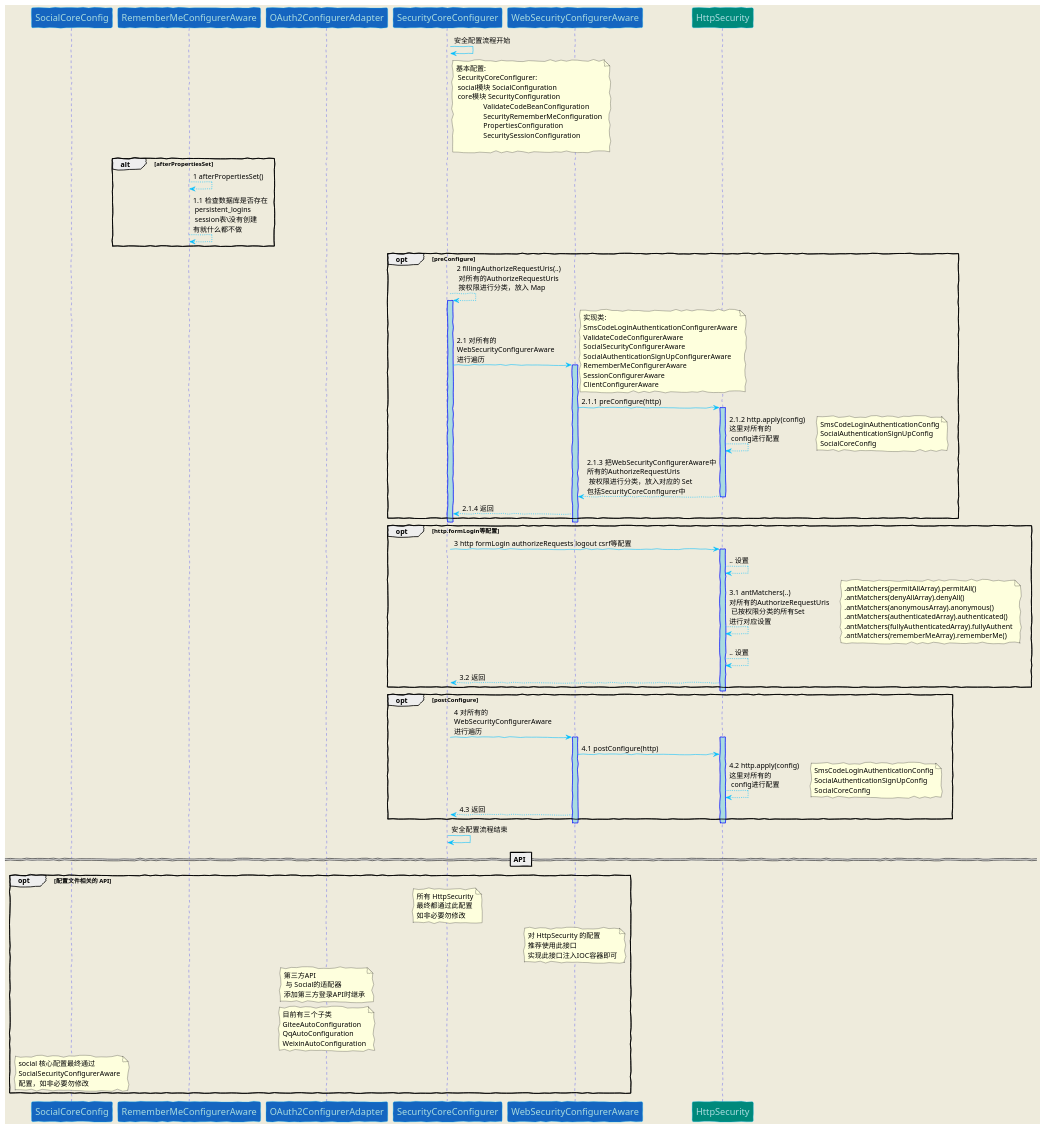
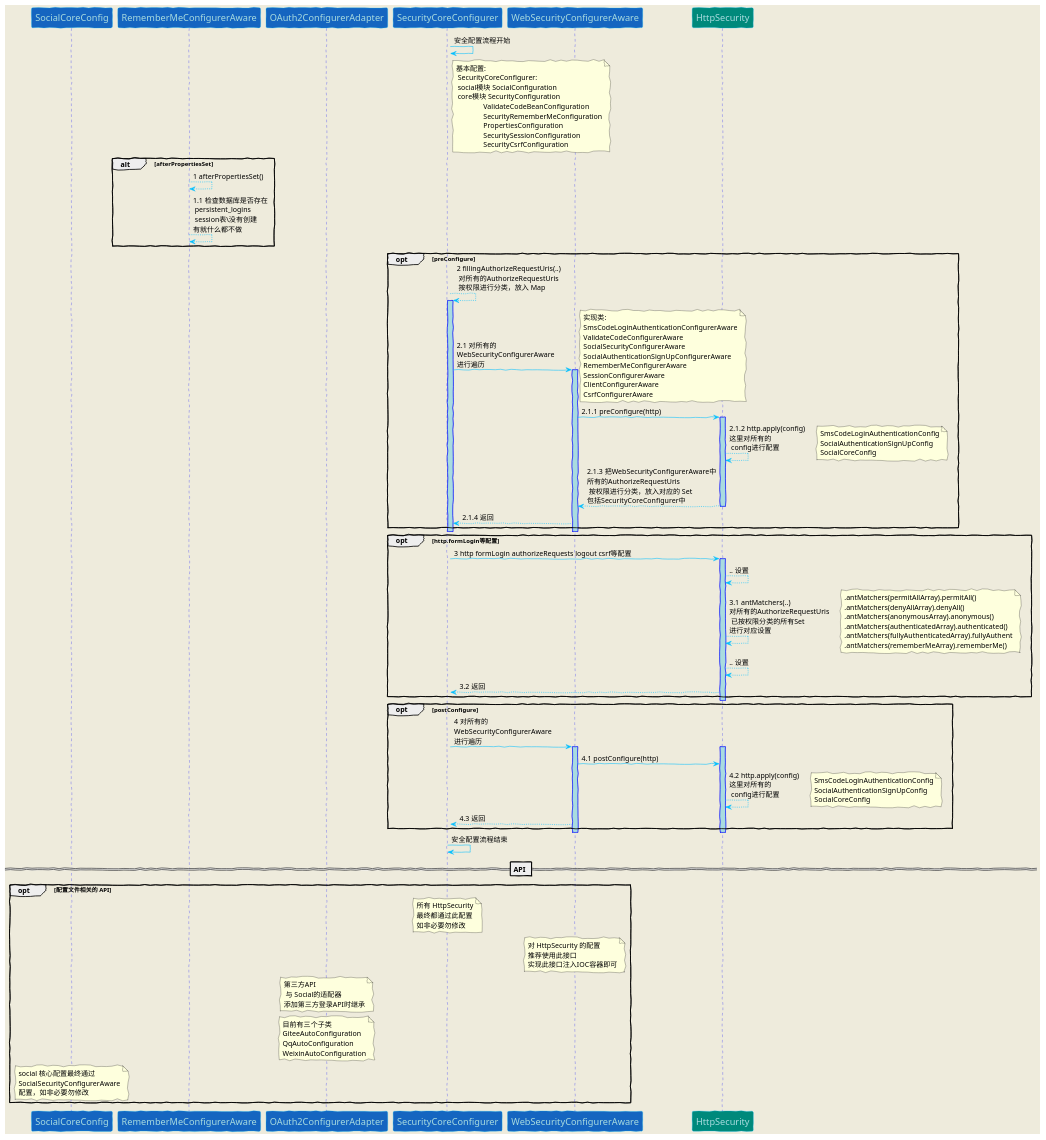
The diagram in doc/scurityConfigurer.puml (ZeroOrInfinity/UMS), drawn with PlantUML before and after one commit. The commit also changed 137 other files, not shown here.

```diff
--- a/doc/scurityConfigurer.puml
+++ b/doc/scurityConfigurer.puml
@@ -1,109 +1,111 @@
 @startuml
 
 skinparam backgroundColor #EEEBDC
 skinparam handwritten true
 skinparam sequence {
 ArrowColor DeepSkyBlue
 ActorBorderColor DeepSkyBlue
 LifeLineBorderColor blue
 LifeLineBackgroundColor #A9DCDF
 ParticipantBorderColor DeepSkyBlue
 ParticipantBackgroundColor #00897b
 ParticipantFontName Impact
 ParticipantFontSize 17
 ParticipantFontColor #A9DCDF
 ActorBackgroundColor aqua
 ActorFontColor DeepSkyBlue
 ActorFontSize 17
 ActorFontName Aapex
 }
 participant "SocialCoreConfig"  #1565c0
 participant "RememberMeConfigurerAware"  #1565c0
 
 participant "OAuth2ConfigurerAdapter"  #1565c0
 
 participant "SecurityCoreConfigurer" #1565c0
 SecurityCoreConfigurer -> SecurityCoreConfigurer: 安全配置流程开始
 note right SecurityCoreConfigurer: 基本配置:\n SecurityCoreConfigurer: \n\
  social模块 SocialConfiguration\n core模块 SecurityConfiguration\n\
                ValidateCodeBeanConfiguration\n               SecurityRememberMeConfiguration\n\
-               PropertiesConfiguration\n\                SecuritySessionConfiguration\n
+               PropertiesConfiguration\n\                SecuritySessionConfiguration\n\
+               SecurityCsrfConfiguration
 alt afterPropertiesSet
 RememberMeConfigurerAware --> RememberMeConfigurerAware: 1 afterPropertiesSet()
 RememberMeConfigurerAware --> RememberMeConfigurerAware: 1.1 检查数据库是否存在\n persistent_logins\n session表\没有创建\n有就什么都不做
 end
 activate SecurityCoreConfigurer
 opt preConfigure
 SecurityCoreConfigurer --> SecurityCoreConfigurer: 2 fillingAuthorizeRequestUris(..)\n 对所有的AuthorizeRequestUris\n 按权限进行分类，放入 Map
 activate SecurityCoreConfigurer
 participant "WebSecurityConfigurerAware" #1565c0
 SecurityCoreConfigurer -> WebSecurityConfigurerAware: 2.1 对所有的\nWebSecurityConfigurerAware\n进行遍历
 activate WebSecurityConfigurerAware
 note right : 实现类:\n\
 SmsCodeLoginAuthenticationConfigurerAware\n\
 ValidateCodeConfigurerAware\n\
 SocialSecurityConfigurerAware\n\
 SocialAuthenticationSignUpConfigurerAware\n\
 RememberMeConfigurerAware\n\
 SessionConfigurerAware\n\
-ClientConfigurerAware
+ClientConfigurerAware\n\
+CsrfConfigurerAware
 WebSecurityConfigurerAware -> HttpSecurity: 2.1.1 preConfigure(http)
 activate HttpSecurity
 HttpSecurity --> HttpSecurity: 2.1.2 http.apply(config)\n这里对所有的\n config进行配置
 note right : SmsCodeLoginAuthenticationConfig\n\
 SocialAuthenticationSignUpConfig\n\
 SocialCoreConfig
 HttpSecurity --> WebSecurityConfigurerAware: 2.1.3 把WebSecurityConfigurerAware中\n所有的AuthorizeRequestUris\n 按权限进行分类，放入对应的 Set\n包括SecurityCoreConfigurer中
 deactivate HttpSecurity
 WebSecurityConfigurerAware --> SecurityCoreConfigurer: 2.1.4 返回
 end
 deactivate WebSecurityConfigurerAware
 deactivate SecurityCoreConfigurer
 opt http.formLogin等配置
 SecurityCoreConfigurer -> HttpSecurity: 3 http formLogin authorizeRequests logout csrf等配置
 activate HttpSecurity
 HttpSecurity --> HttpSecurity: .. 设置
 HttpSecurity --> HttpSecurity: 3.1 antMatchers(..)\n对所有的AuthorizeRequestUris\n 已按权限分类的所有Set\n进行对应设置
 note right : .antMatchers(permitAllArray).permitAll()\n\
 .antMatchers(denyAllArray).denyAll()\n\
 .antMatchers(anonymousArray).anonymous()\n\
 .antMatchers(authenticatedArray).authenticated()\n\
 .antMatchers(fullyAuthenticatedArray).fullyAuthent\n\
 .antMatchers(rememberMeArray).rememberMe()
 HttpSecurity --> HttpSecurity: .. 设置
 HttpSecurity --> SecurityCoreConfigurer: 3.2 返回
 end
 deactivate HttpSecurity
 activate SecurityCoreConfigurer
 opt postConfigure
 SecurityCoreConfigurer -> WebSecurityConfigurerAware: 4 对所有的\nWebSecurityConfigurerAware\n进行遍历
 activate WebSecurityConfigurerAware
 activate HttpSecurity
 WebSecurityConfigurerAware -> HttpSecurity: 4.1 postConfigure(http)
 HttpSecurity --> HttpSecurity: 4.2 http.apply(config)\n这里对所有的\n config进行配置
 note right : SmsCodeLoginAuthenticationConfig\n\
 SocialAuthenticationSignUpConfig\n\
 SocialCoreConfig
 
 WebSecurityConfigurerAware --> SecurityCoreConfigurer: 4.3 返回
 end
 deactivate HttpSecurity
 deactivate WebSecurityConfigurerAware
 deactivate SecurityCoreConfigurer
 
 deactivate SecurityCoreConfigurer
 
 SecurityCoreConfigurer -> SecurityCoreConfigurer: 安全配置流程结束
 
 == API ==
 opt 配置文件相关的 API
 note over SecurityCoreConfigurer: 所有 HttpSecurity\n最终都通过此配置\n如非必要勿修改
 note over WebSecurityConfigurerAware: 对 HttpSecurity 的配置\n推荐使用此接口\n实现此接口注入IOC容器即可
 
 note over OAuth2ConfigurerAdapter: 第三方API\n 与 Social的适配器\n添加第三方登录API时继承
 note over OAuth2ConfigurerAdapter: 目前有三个子类\nGiteeAutoConfiguration\nQqAutoConfiguration\nWeixinAutoConfiguration
 note over SocialCoreConfig: social 核心配置最终通过\nSocialSecurityConfigurerAware\n配置，如非必要勿修改
 
 end
 
 @enduml
```
